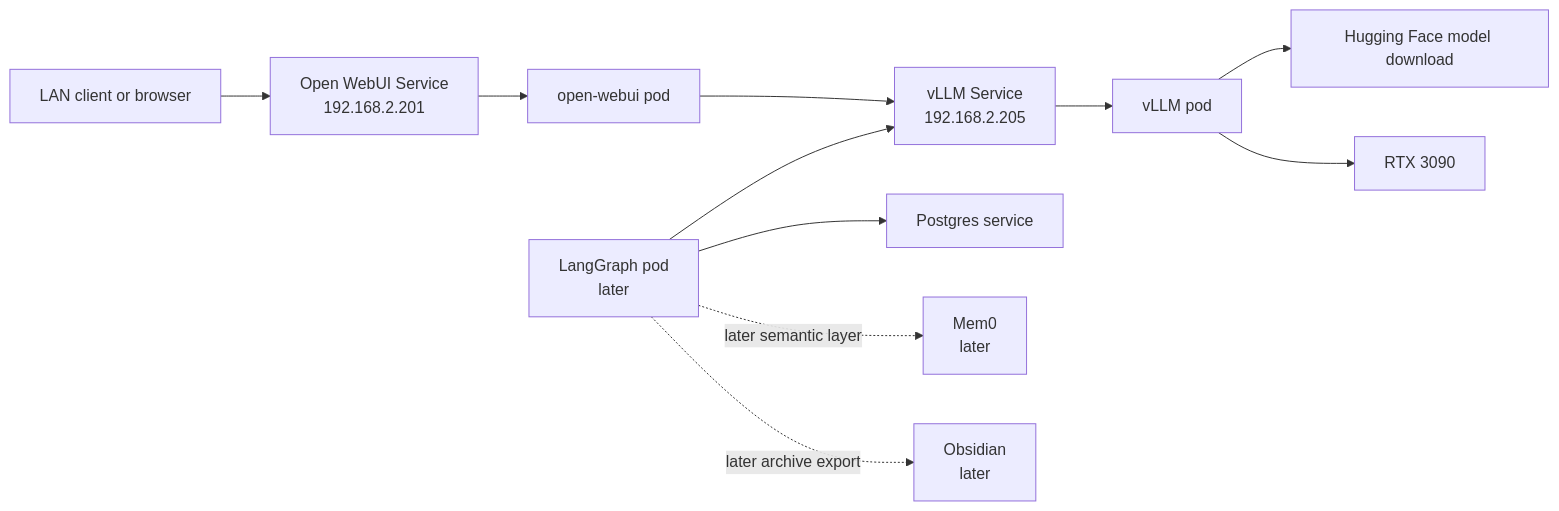
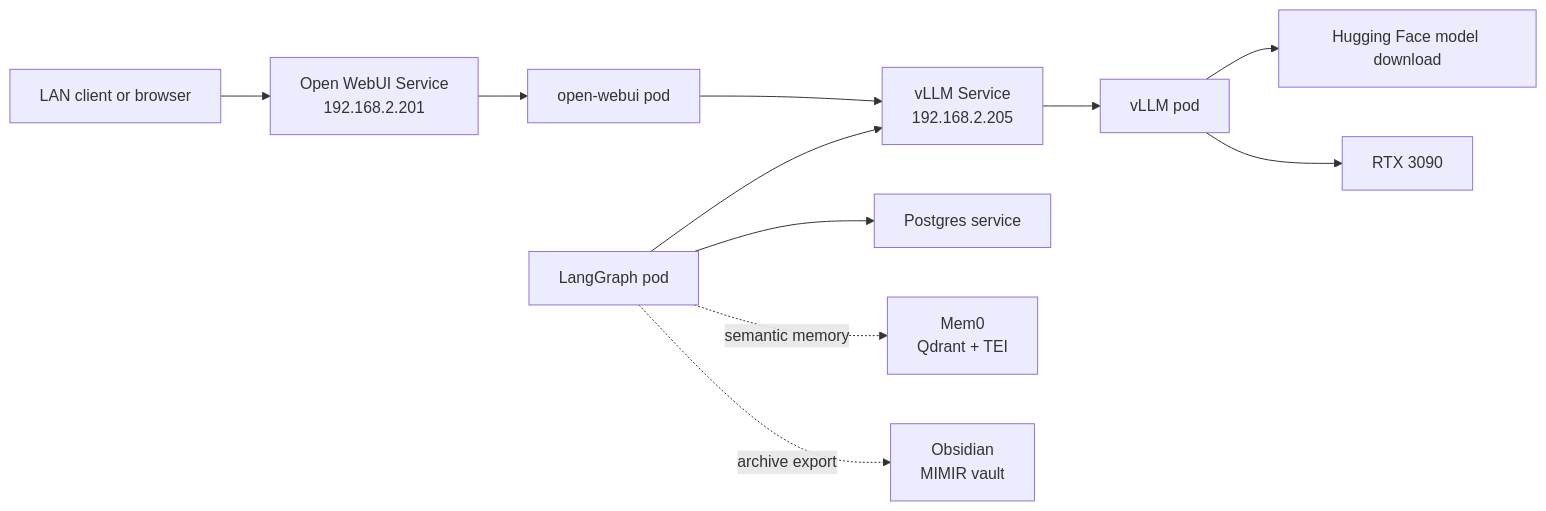
Before and after one commit to ixxet/Prometheus: the third of 4 diagrams in docs/agent-memory-architecture.md, drawn with Mermaid. The commit also changed other lines of this file and 10 other files, not shown here.

````diff
--- a/docs/agent-memory-architecture.md
+++ b/docs/agent-memory-architecture.md
@@ -109,18 +109,17 @@
 ```mermaid
 flowchart LR
   client["LAN client or browser"] --> owui_svc["Open WebUI Service
 192.168.2.201"]
   owui_svc --> owui_pod["open-webui pod"]
   owui_pod --> vllm_svc["vLLM Service
 192.168.2.205"]
   vllm_svc --> vllm_pod["vLLM pod"]
   vllm_pod --> hf["Hugging Face model download"]
   vllm_pod --> gpu["RTX 3090"]
-  langgraph["LangGraph pod
-later"] --> pg["Postgres service"]
+  langgraph["LangGraph pod"] --> pg["Postgres service"]
   langgraph --> vllm_svc
-  langgraph -. later semantic layer .-> mem0["Mem0
-later"]
-  langgraph -. later archive export .-> obs["Obsidian
-later"]
+  langgraph -. semantic memory .-> mem0["Mem0
+Qdrant + TEI"]
+  langgraph -. archive export .-> obs["Obsidian
+MIMIR vault"]
 ```
````
